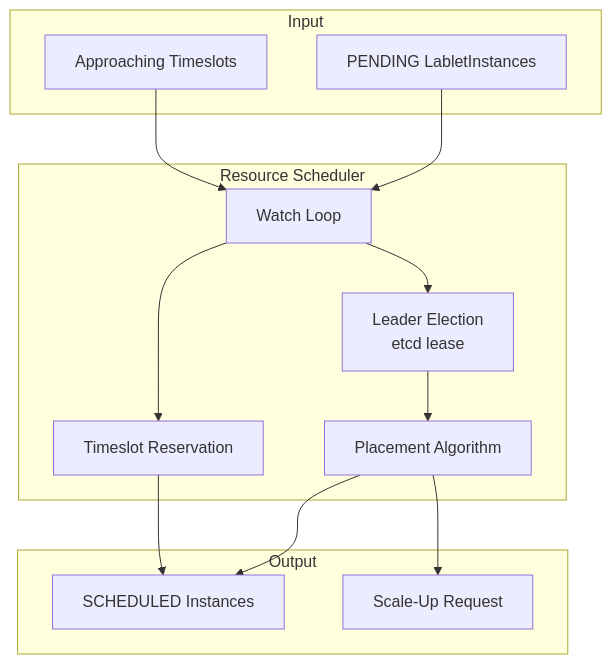
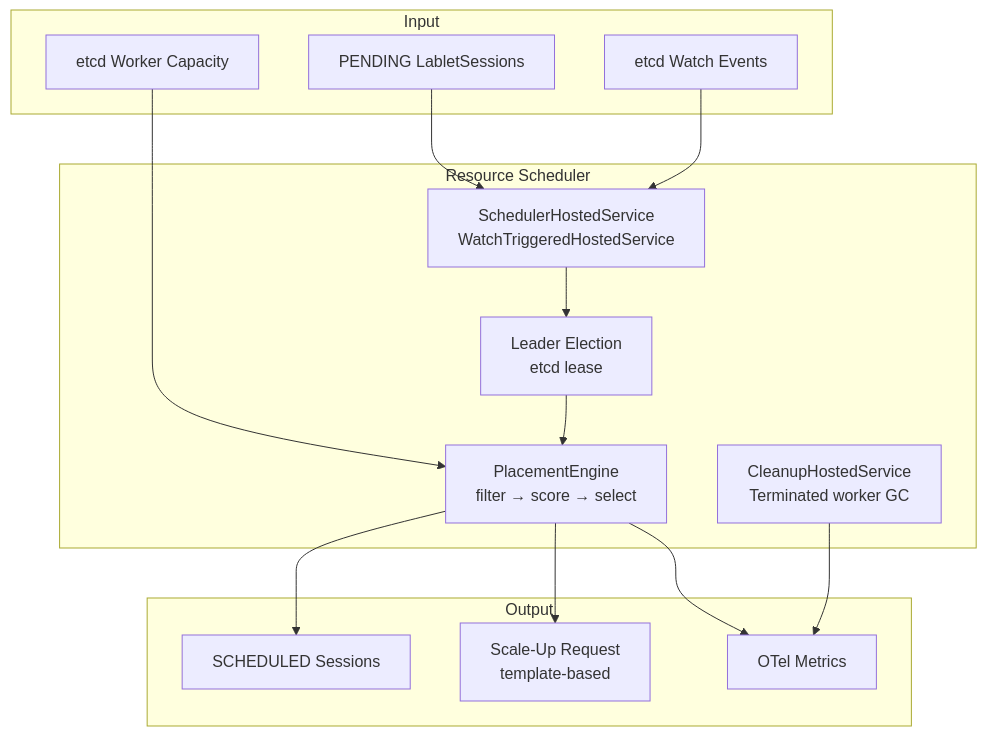
Before and after one commit to bvandewe/cml-cloud-manager: the first of 6 diagrams in docs/architecture/components/resource-scheduler/index.md, drawn with Mermaid. The commit also changed other lines of this file and 689 other files, not shown here.

````diff
--- a/docs/architecture/components/resource-scheduler/index.md
+++ b/docs/architecture/components/resource-scheduler/index.md
@@ -34,28 +46,31 @@
 ```mermaid
 flowchart TD
     subgraph Input
-        PENDING[PENDING LabletInstances]
-        TIMESLOTS[Approaching Timeslots]
+        PENDING[PENDING LabletSessions]
+        WATCH[etcd Watch Events]
+        ETCD_CAP[etcd Worker Capacity]
     end
 
     subgraph ResourceScheduler [Resource Scheduler]
         LEADER[Leader Election<br/>etcd lease]
-        WATCH[Watch Loop]
-        PLACE[Placement Algorithm]
-        RESERVE[Timeslot Reservation]
+        HOSTED[SchedulerHostedService<br/>WatchTriggeredHostedService]
+        PLACE[PlacementEngine<br/>filter → score → select]
+        CLEANUP[CleanupHostedService<br/>Terminated worker GC]
     end
 
     subgraph Output
-        SCHEDULED[SCHEDULED Instances]
-        SCALEUP[Scale-Up Request]
+        SCHEDULED[SCHEDULED Sessions]
+        SCALEUP[Scale-Up Request<br/>template-based]
+        METRICS[OTel Metrics]
     end
 
-    PENDING --> WATCH
-    TIMESLOTS --> WATCH
-    WATCH --> LEADER
+    PENDING --> HOSTED
+    WATCH --> HOSTED
+    ETCD_CAP --> PLACE
+    HOSTED --> LEADER
     LEADER --> PLACE
     PLACE --> SCHEDULED
     PLACE --> SCALEUP
-    WATCH --> RESERVE
-    RESERVE --> SCHEDULED
+    PLACE --> METRICS
+    CLEANUP --> METRICS
 ```
````
